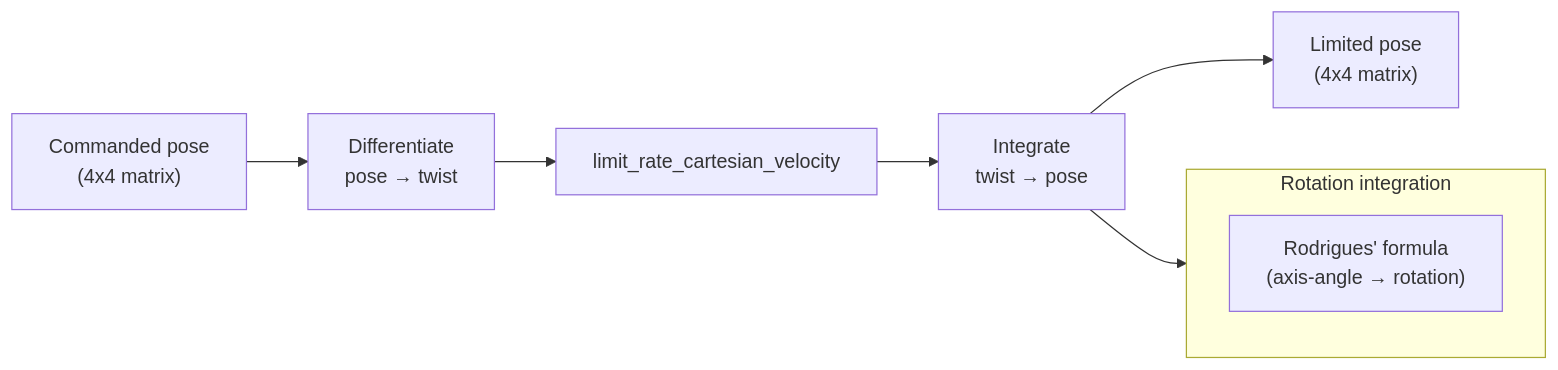
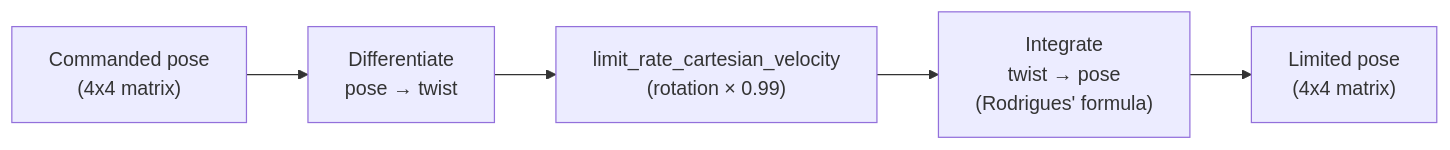
The second of 3 diagrams in docs/src/modules/rate-limiting.md (ColeTen/franka-rs), drawn with Mermaid before and after one commit. The commit also changed other lines of this file and 43 other files, not shown here.

````diff
--- a/docs/src/modules/rate-limiting.md
+++ b/docs/src/modules/rate-limiting.md
@@ -107,13 +115,7 @@
 ```mermaid
 flowchart LR
     POSE_CMD["Commanded pose<br/>(4x4 matrix)"] --> DIFF["Differentiate<br/>pose → twist"]
-    DIFF --> LIMIT["limit_rate_cartesian_velocity"]
-    LIMIT --> INTEGRATE["Integrate<br/>twist → pose"]
+    DIFF --> LIMIT["limit_rate_cartesian_velocity<br/>(rotation × 0.99)"]
+    LIMIT --> INTEGRATE["Integrate<br/>twist → pose<br/>(Rodrigues' formula)"]
     INTEGRATE --> POSE_OUT["Limited pose<br/>(4x4 matrix)"]
-
-    subgraph "Rotation integration"
-        direction TB
-        RODRIGUES["Rodrigues' formula<br/>(axis-angle → rotation)"]
-    end
-    INTEGRATE --> RODRIGUES
 ```
````
